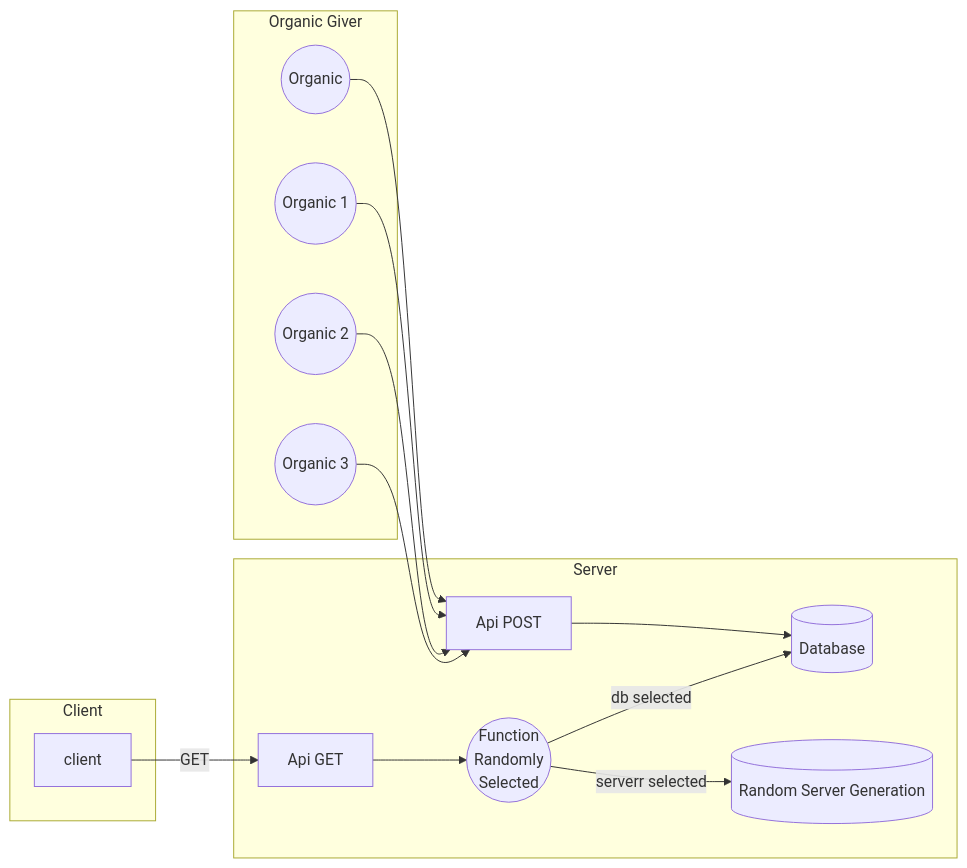
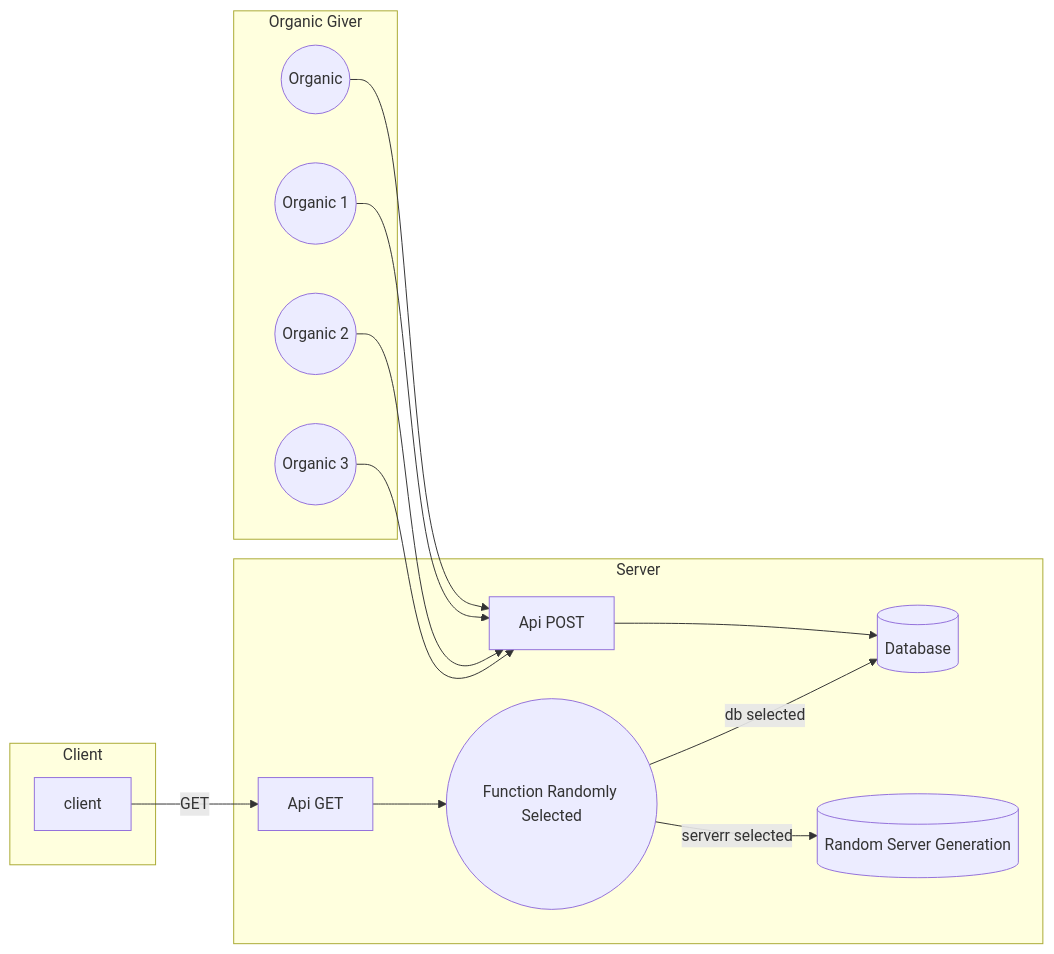
Before and after one commit to YR72dpi/lunaticProject: the diagram in README.md, drawn with Mermaid.

````diff
--- a/README.md
+++ b/README.md
@@ -18,37 +18,35 @@
 ```mermaid
 graph LR
 
     Organic((Organic))
     Organic1((Organic 1))
     Organic2((Organic 2))
     Organic3((Organic 3))
     API[Api POST]
     db[(Database)]
     ApiGet[Api GET]
     serverRandom[(Random Server Generation)]
-    randomChoice((Function 
-        Randomly 
-        Selected))
+    randomChoice((Function Randomly Selected))
 
     subgraph Server
         API[Api POST] --> db[(Database)] 
         randomChoice -- db selected --> db
         randomChoice -- serverr selected --> serverRandom
         ApiGet --> randomChoice
     end
 
     subgraph Organic Giver
         Organic --> API
         Organic1 --> API
         Organic2 --> API
         Organic3 --> API
     end
 
     subgraph Client
         client[client] -- GET -->ApiGet
     end
 
 
 
 
 ```
````
